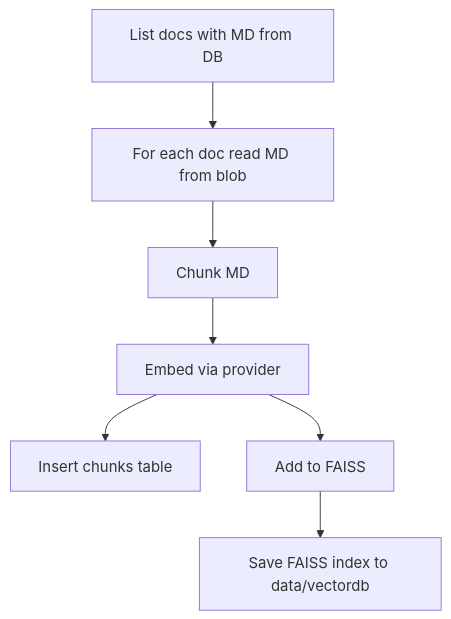
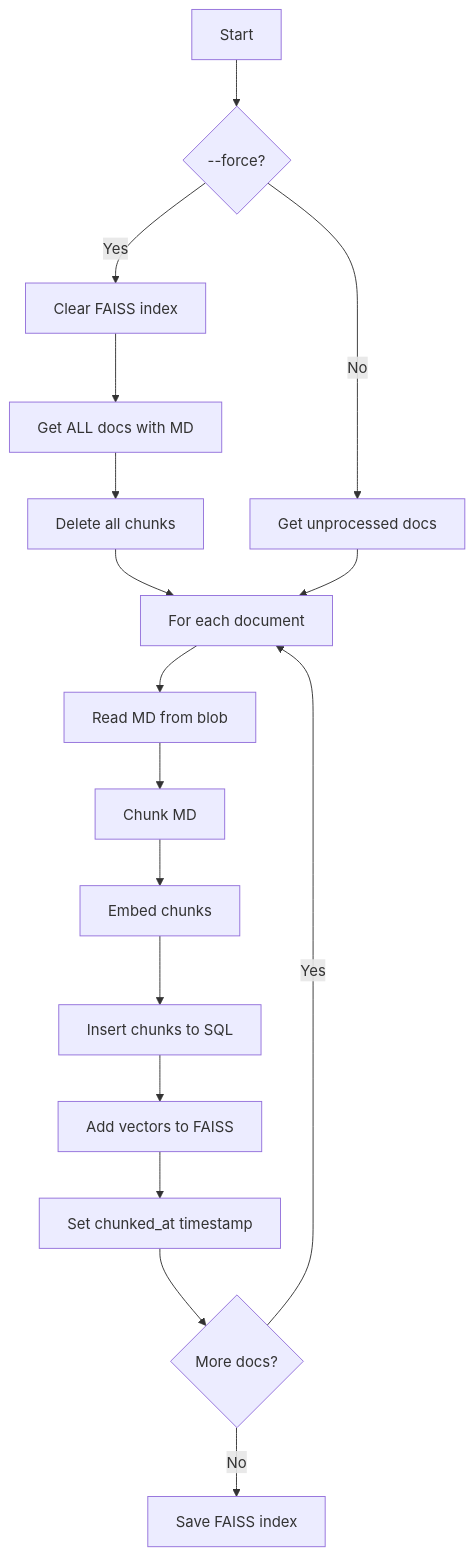
Before and after one commit to Rajesh-Nair/RISEAPP: the fourth of 5 diagrams in README.md, drawn with Mermaid. The commit also changed other lines of this file and 16 other files, not shown here.

````diff
--- a/README.md
+++ b/README.md
@@ -213,9 +338,19 @@
 ```mermaid
 flowchart TB
-  A[List docs with MD from DB] --> B[For each doc read MD from blob]
-  B --> C[Chunk MD]
-  C --> D[Embed via provider]
-  D --> E[Insert chunks table]
-  D --> F[Add to FAISS]
-  F --> G[Save FAISS index to data/vectordb]
+  A[Start] --> B{--force?}
+  B -->|Yes| C1[Clear FAISS index]
+  C1 --> C2[Get ALL docs with MD]
+  C2 --> C3[Delete all chunks]
+  B -->|No| D[Get unprocessed docs]
+  C3 --> E
+  D --> E[For each document]
+  E --> F[Read MD from blob]
+  F --> G[Chunk MD]
+  G --> H[Embed chunks]
+  H --> I[Insert chunks to SQL]
+  I --> J[Add vectors to FAISS]
+  J --> K[Set chunked_at timestamp]
+  K --> L{More docs?}
+  L -->|Yes| E
+  L -->|No| M[Save FAISS index]
 ```
````
